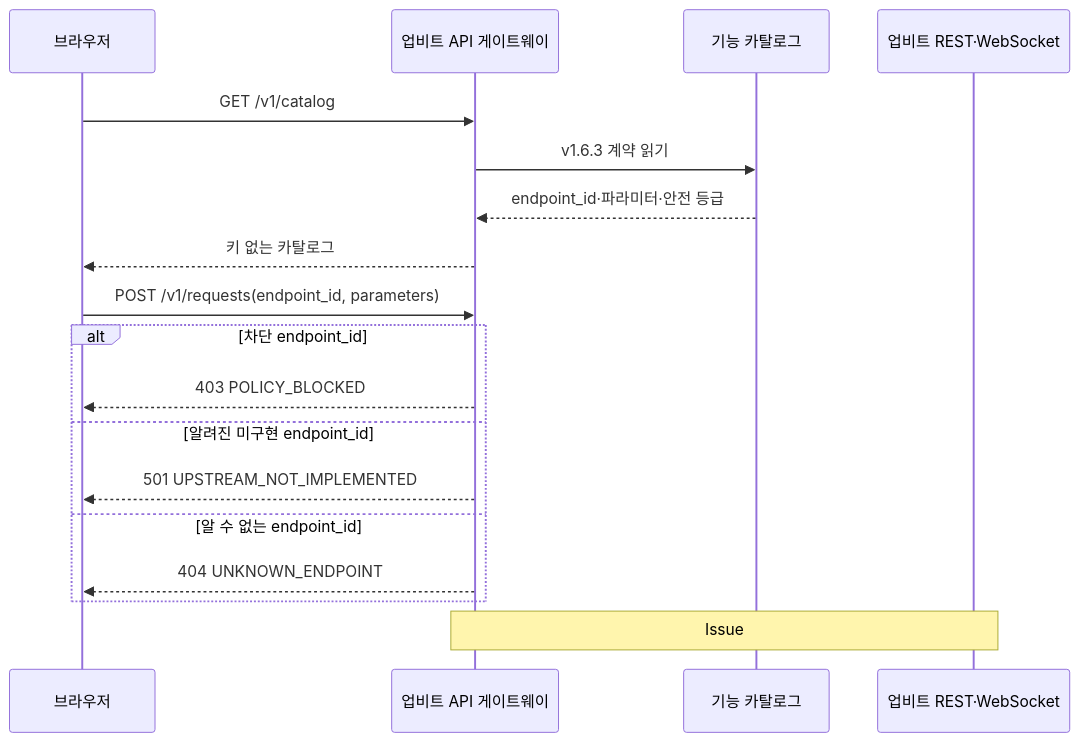
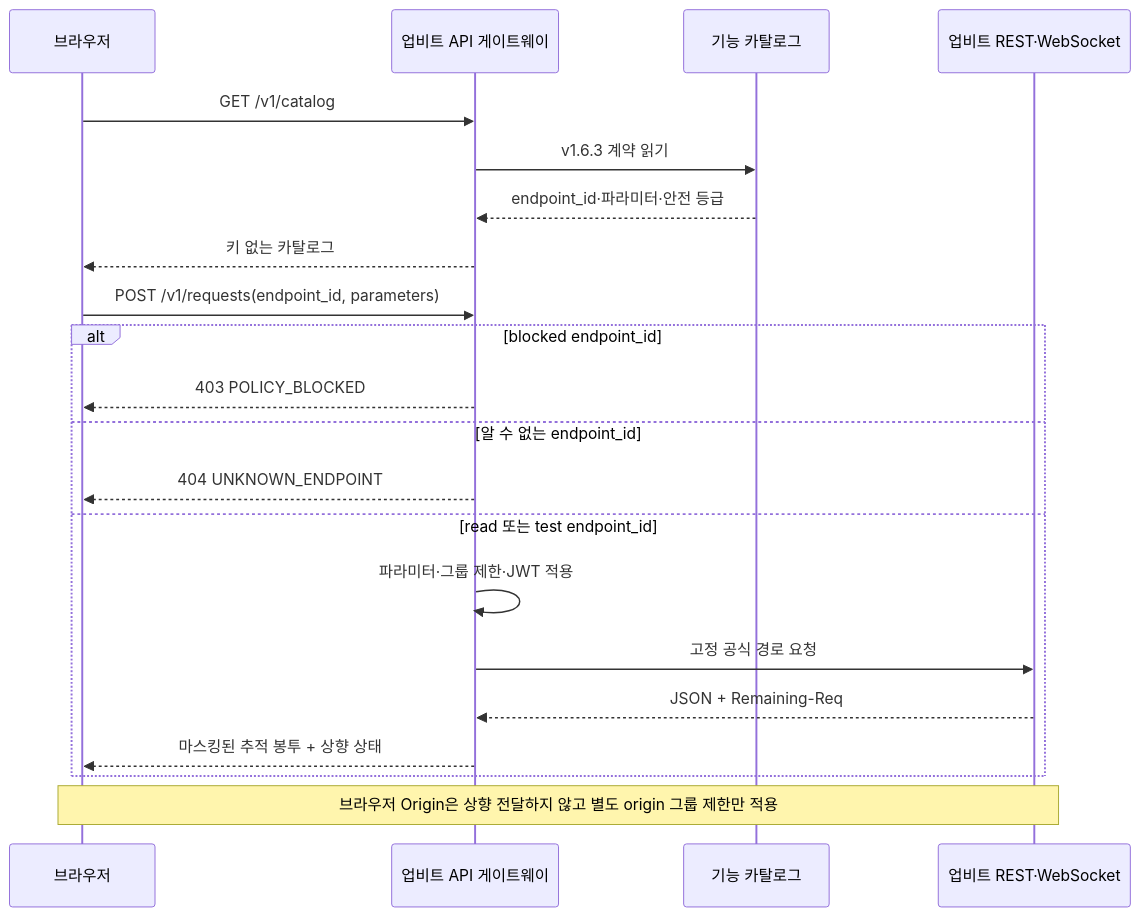
One commit to goodjoon-company/goodmoneying changed the diagram in docs/02_Architecture/upbit-api-gateway.md. Above: the diagram before and after it, drawn with Mermaid. The commit also changed other lines of this file and 35 other files, not shown here.

````diff
--- a/docs/02_Architecture/upbit-api-gateway.md
+++ b/docs/02_Architecture/upbit-api-gateway.md
@@ -25,21 +25,24 @@
 ```mermaid
 sequenceDiagram
     participant B as 브라우저
     participant G as 업비트 API 게이트웨이
     participant C as 기능 카탈로그
     participant U as 업비트 REST·WebSocket
 
     B->>G: GET /v1/catalog
     G->>C: v1.6.3 계약 읽기
     C-->>G: endpoint_id·파라미터·안전 등급
     G-->>B: 키 없는 카탈로그
     B->>G: POST /v1/requests(endpoint_id, parameters)
-    alt 차단 endpoint_id
+    alt blocked endpoint_id
         G-->>B: 403 POLICY_BLOCKED
-    else 알려진 미구현 endpoint_id
-        G-->>B: 501 UPSTREAM_NOT_IMPLEMENTED
     else 알 수 없는 endpoint_id
         G-->>B: 404 UNKNOWN_ENDPOINT
+    else read 또는 test endpoint_id
+        G->>G: 파라미터·그룹 제한·JWT 적용
+        G->>U: 고정 공식 경로 요청
+        U-->>G: JSON + Remaining-Req
+        G-->>B: 마스킹된 추적 봉투 + 상향 상태
     end
-    Note over G,U: Issue #19에서는 네트워크 전송 없음
+    Note over B,U: 브라우저 Origin은 상향 전달하지 않고 별도 origin 그룹 제한만 적용
 ```
````
